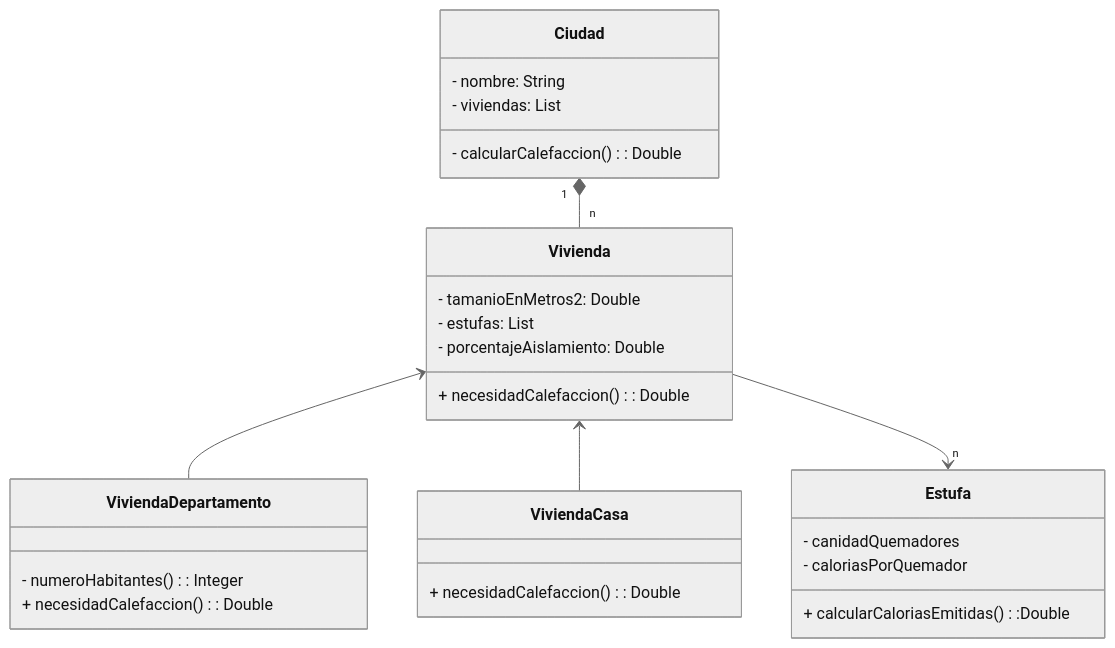
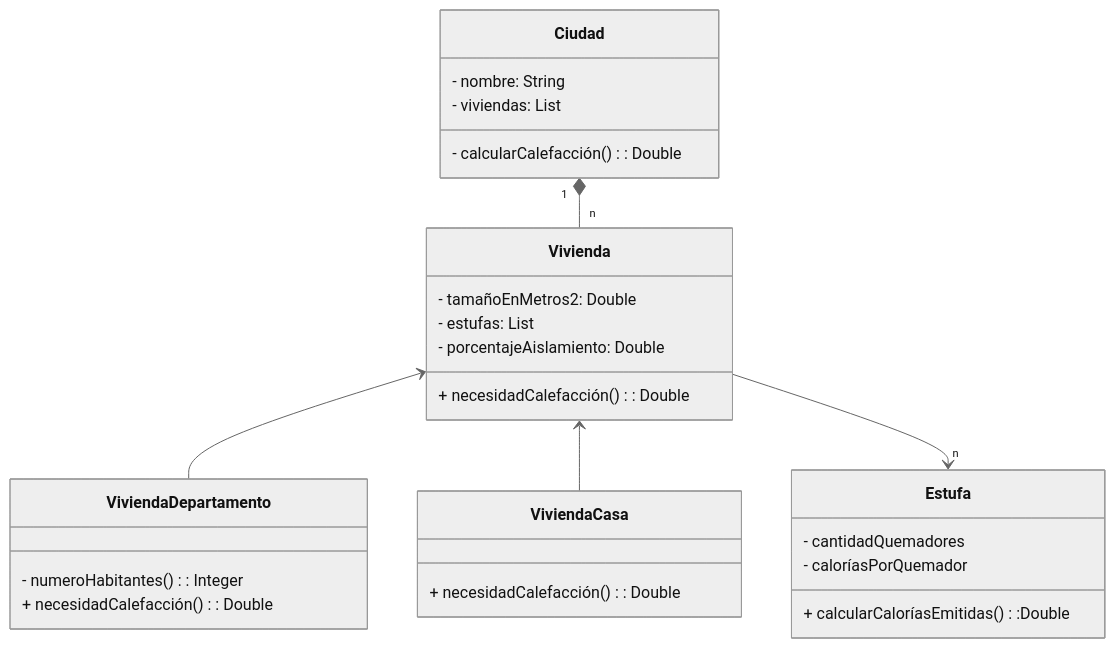
Diagram 18 of 20 in programacion_orientada_a_objetos/poo.md (PaulaLucero2021/course_digitalhouse), drawn with Mermaid (neutral theme) before and after one commit. The commit also changed other lines of this file and 23 other files, not shown here.

````diff
--- a/programacion_orientada_a_objetos/poo.md
+++ b/programacion_orientada_a_objetos/poo.md
@@ -2743,30 +3199,30 @@
 ```mermaid
 classDiagram
 class Ciudad {
 - nombre: String
 - viviendas: List<Vivienda>
-- calcularCalefaccion(): Double
+- calcularCalefacción(): Double
 }
 class Vivienda {
-- tamanioEnMetros2: Double
+- tamañoEnMetros2: Double
 - estufas: List<Estufa>
 - porcentajeAislamiento: Double
-+ necesidadCalefaccion(): Double
++ necesidadCalefacción(): Double
 }
 class ViviendaCasa {
-+ necesidadCalefaccion(): Double
++ necesidadCalefacción(): Double
 }
 class ViviendaDepartamento {
 - numeroHabitantes(): Integer
-+ necesidadCalefaccion(): Double
++ necesidadCalefacción(): Double
 }
 class Estufa {
-    - canidadQuemadores
-    - caloriasPorQuemador
-    + calcularCaloriasEmitidas():Double
+    - cantidadQuemadores
+    - caloríasPorQuemador
+    + calcularCaloríasEmitidas():Double
 }
 Ciudad "1" *-- "n" Vivienda
 Vivienda <-- ViviendaDepartamento
 Vivienda <-- ViviendaCasa
 Vivienda --> "n" Estufa
 ```
````
